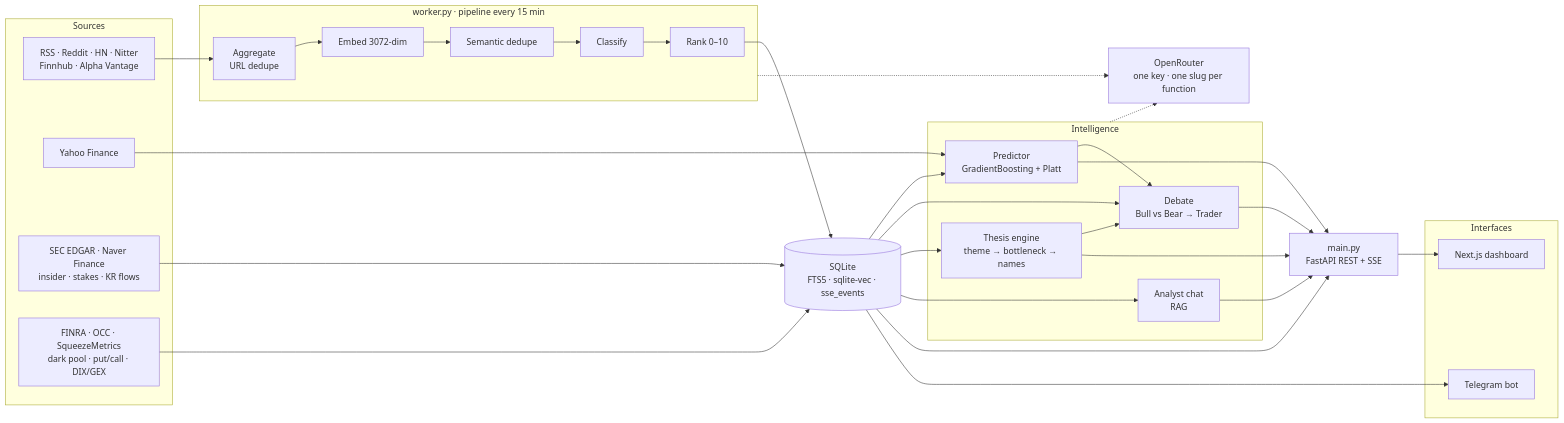
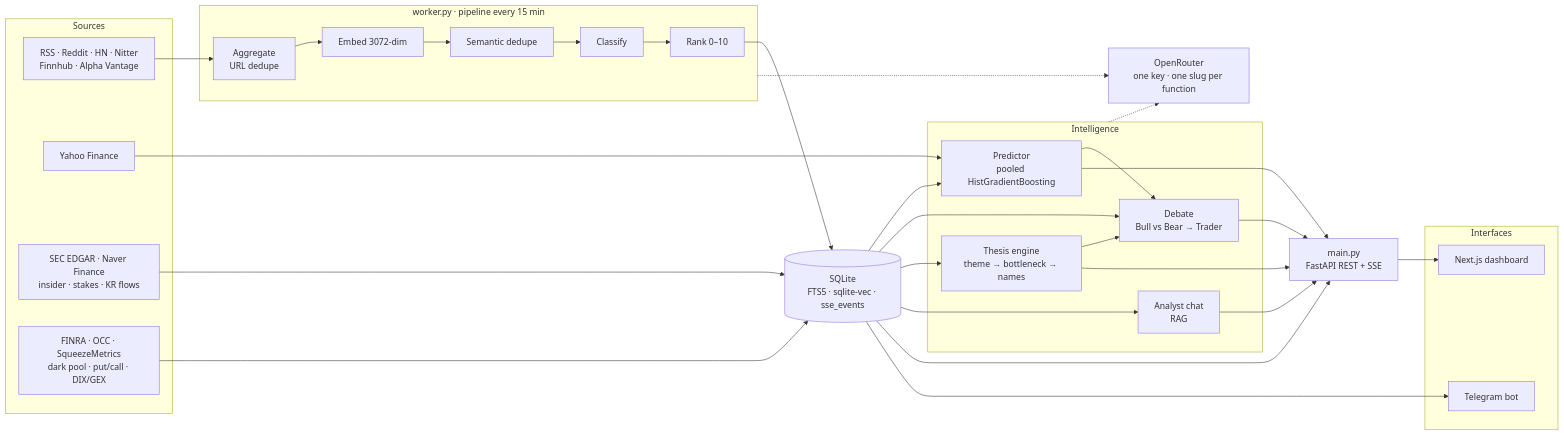
Before and after one commit to c0vo/Deus: the diagram in README.md, drawn with Mermaid. The commit also changed other lines of this file and 44 other files, not shown here.

````diff
--- a/README.md
+++ b/README.md
@@ -29,57 +29,57 @@
 ```mermaid
 flowchart LR
     subgraph SOURCES["Sources"]
         NEWS["RSS · Reddit · HN · Nitter<br/>Finnhub · Alpha Vantage"]
         PRICES["Yahoo Finance"]
         SM["SEC EDGAR · Naver Finance<br/>insider · stakes · KR flows"]
         POS["FINRA · OCC · SqueezeMetrics<br/>dark pool · put/call · DIX/GEX"]
     end
 
     subgraph WORKER["worker.py · pipeline every 15 min"]
         AGG["Aggregate<br/>URL dedupe"]
         EMB["Embed 3072-dim"]
         SEM["Semantic dedupe"]
         CLS["Classify"]
         RNK["Rank 0–10"]
         AGG --> EMB --> SEM --> CLS --> RNK
     end
 
     DB[("SQLite<br/>FTS5 · sqlite-vec · sse_events")]
 
     subgraph BRAIN["Intelligence"]
-        ML["Predictor<br/>GradientBoosting + Platt"]
+        ML["Predictor<br/>pooled HistGradientBoosting"]
         DEB["Debate<br/>Bull vs Bear → Trader"]
         THE["Thesis engine<br/>theme → bottleneck → names"]
         RAG["Analyst chat<br/>RAG"]
     end
 
     OR["OpenRouter<br/>one key · one slug per function"]
 
     SRV["main.py<br/>FastAPI REST + SSE"]
 
     subgraph UI["Interfaces"]
         WEB["Next.js dashboard"]
         TG["Telegram bot"]
     end
 
     NEWS --> AGG
     RNK --> DB
     PRICES --> ML
     SM --> DB
     POS --> DB
     DB --> ML
     DB --> DEB
     DB --> THE
     DB --> RAG
     ML --> DEB
     THE --> DEB
     ML --> SRV
     DEB --> SRV
     THE --> SRV
     RAG --> SRV
     DB --> SRV
     SRV --> WEB
     DB --> TG
     WORKER -.-> OR
     BRAIN -.-> OR
 ```
````
